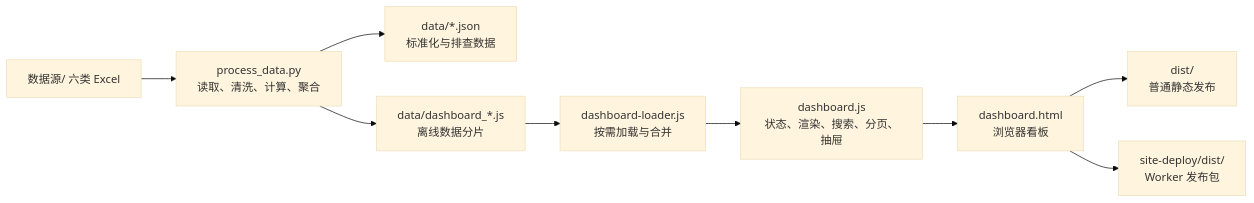
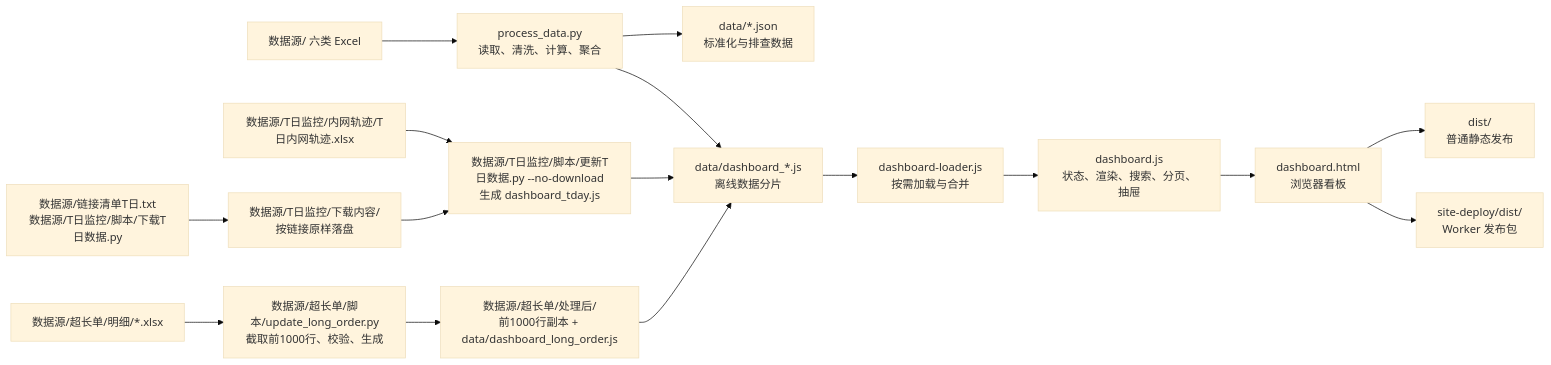
Before and after one commit to vito-xia/jiaojian: the diagram in 项目交接文档.md, drawn with Mermaid (base theme). The commit also changed other lines of this file and 33 other files, not shown here.

````diff
--- a/项目交接文档.md
+++ b/项目交接文档.md
@@ -63,11 +64,18 @@
 ```mermaid
 flowchart LR
     A["数据源/ 六类 Excel"] --> B["process_data.py<br/>读取、清洗、计算、聚合"]
+    T["数据源/链接清单T日.txt<br/>数据源/T日监控/脚本/下载T日数据.py"] --> U["数据源/T日监控/下载内容/<br/>按链接原样落盘"]
+    X["数据源/T日监控/内网轨迹/T日内网轨迹.xlsx"] --> V
+    U --> V["数据源/T日监控/脚本/更新T日数据.py --no-download<br/>生成 dashboard_tday.js"]
     B --> C["data/*.json<br/>标准化与排查数据"]
     B --> D["data/dashboard_*.js<br/>离线数据分片"]
+    V --> D
+    LO["数据源/超长单/明细/*.xlsx"] --> LP["数据源/超长单/脚本/update_long_order.py<br/>截取前1000行、校验、生成"]
+    LP --> LD["数据源/超长单/处理后/<br/>前1000行副本 + data/dashboard_long_order.js"]
+    LD --> D
     D --> E["dashboard-loader.js<br/>按需加载与合并"]
     E --> F["dashboard.js<br/>状态、渲染、搜索、分页、抽屉"]
     F --> G["dashboard.html<br/>浏览器看板"]
     G --> H["dist/<br/>普通静态发布"]
     G --> I["site-deploy/dist/<br/>Worker 发布包"]
 ```
````
